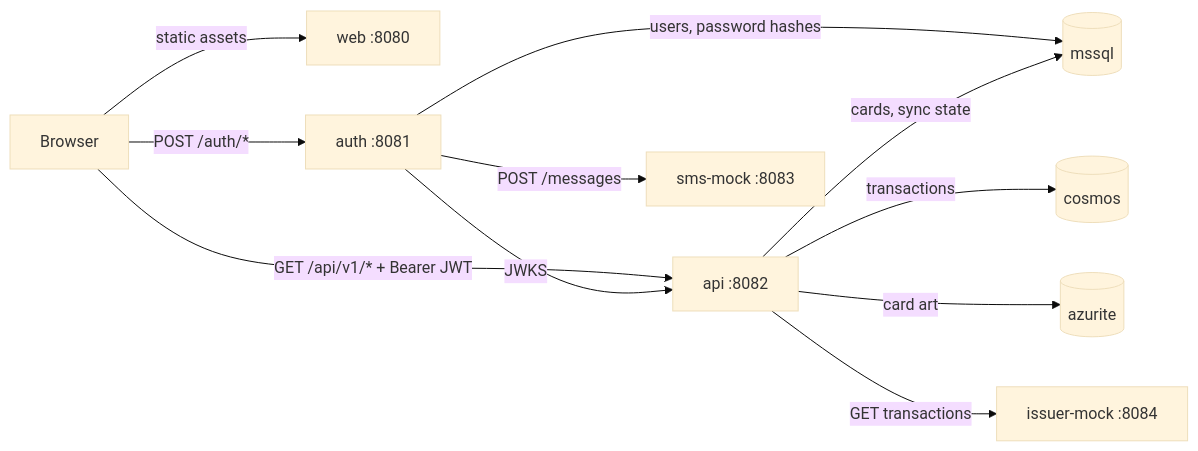
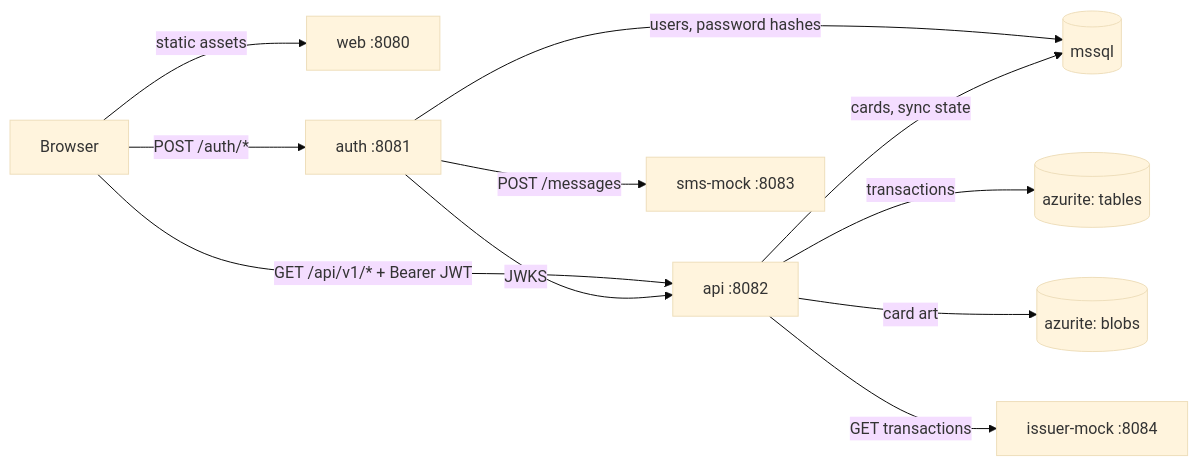
The first of 2 diagrams in docs/requirements.md (jiaqing123/sme-demo), drawn with Mermaid (base theme) before and after one commit. The commit also changed other lines of this file and 2 other files, not shown here.

````diff
--- a/docs/requirements.md
+++ b/docs/requirements.md
@@ -74,13 +76,13 @@
 ```mermaid
 flowchart LR
     B[Browser] -->|static assets| W[web :8080]
     B -->|"POST /auth/*"| A[auth :8081]
     B -->|"GET /api/v1/* + Bearer JWT"| P[api :8082]
     A -->|"users, password hashes"| M[(mssql)]
     P -->|"cards, sync state"| M
-    P -->|"transactions"| C[(cosmos)]
-    P -->|"card art"| Z[(azurite)]
+    P -->|"transactions"| T[(azurite: tables)]
+    P -->|"card art"| Z[(azurite: blobs)]
     P -->|"GET transactions"| I[issuer-mock :8084]
     A -->|"JWKS"| P
     A -->|"POST /messages"| S[sms-mock :8083]
 ```
````
